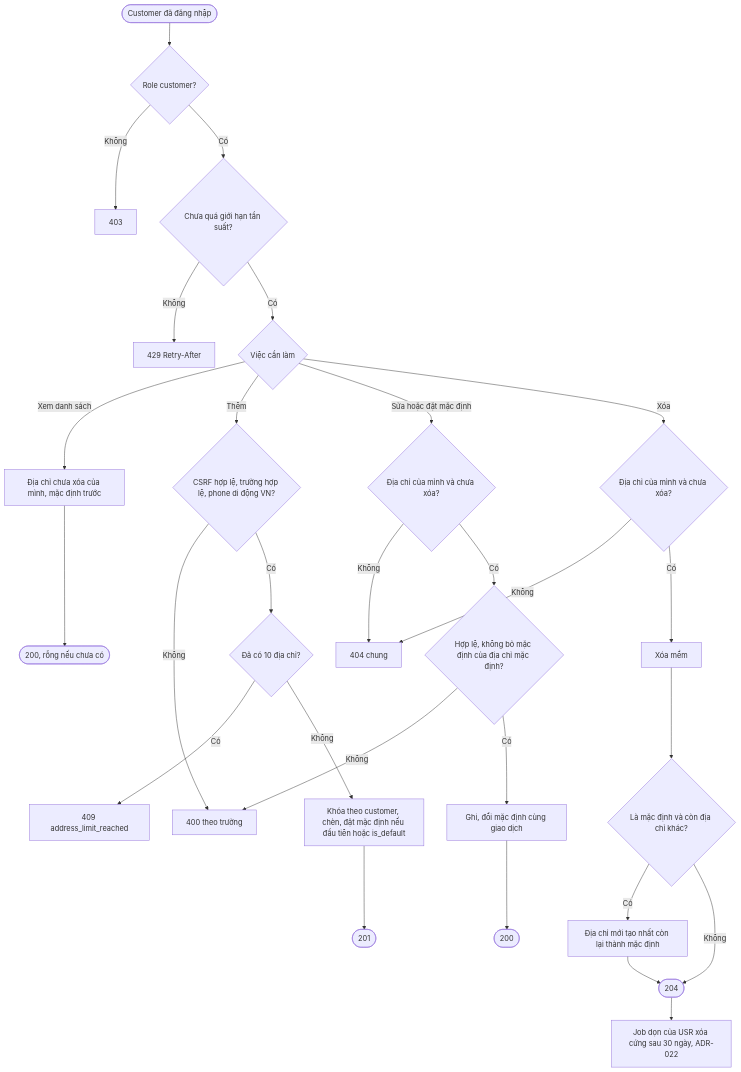
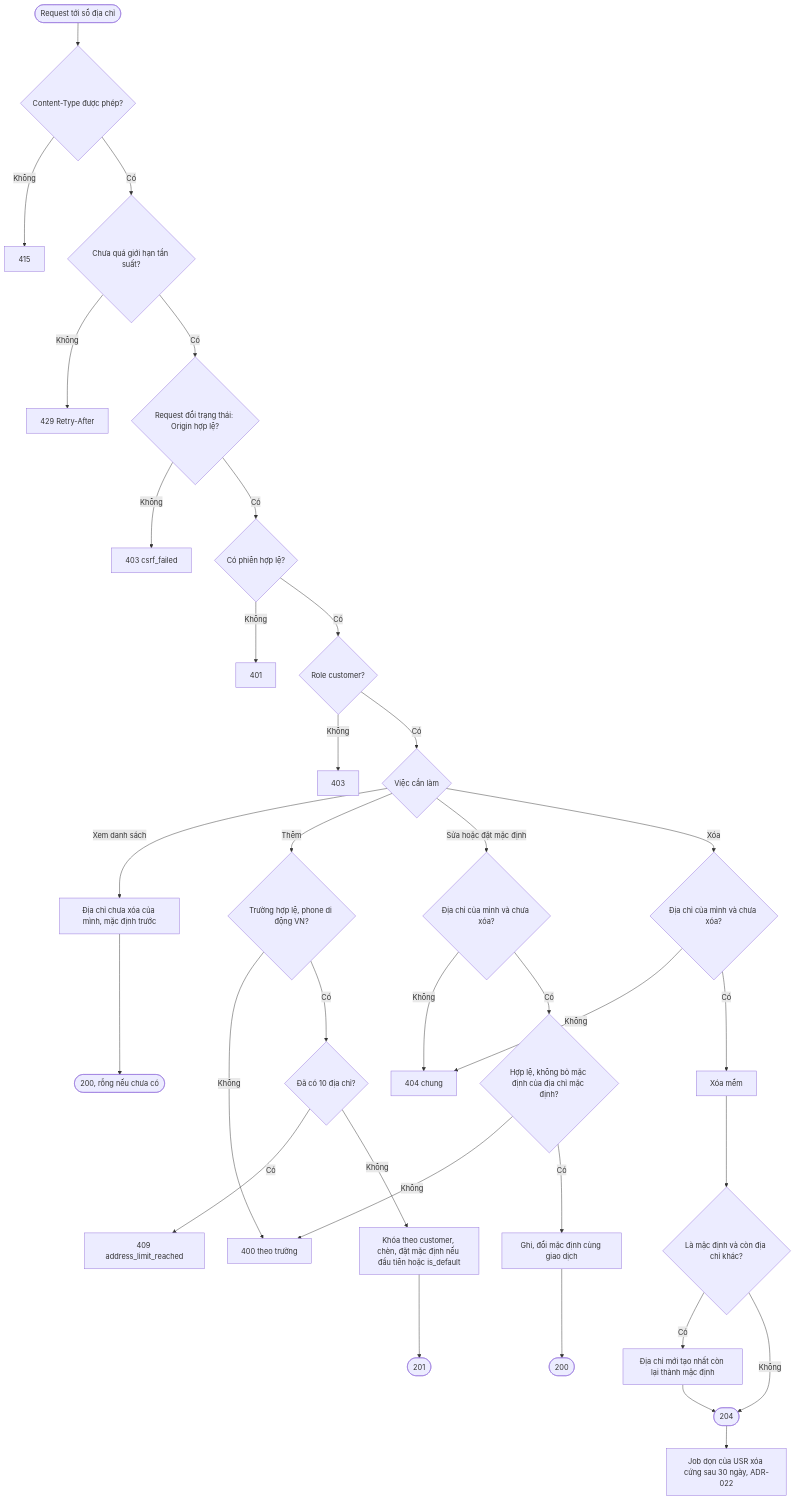
The second of 3 diagrams in spec/epics/USR/flows/USR-FLOW-20261006-101004210.md (bvminh-dev/Min-SDLC), drawn with Mermaid before and after one commit. The commit also changed other lines of this file and 224 other files, not shown here.

````diff
--- a/spec/epics/USR/flows/USR-FLOW-20261006-101004210.md
+++ b/spec/epics/USR/flows/USR-FLOW-20261006-101004210.md
@@ -56,30 +52,36 @@
 ```mermaid
 flowchart TD
-    A([Customer đã đăng nhập]) --> B{Role customer?}
+    A([Request tới sổ địa chỉ]) --> B0{Content-Type được phép?}
+    B0 -- Không --> E415[415]
+    B0 -- Có --> C0{Chưa quá giới hạn tần suất?}
+    C0 -- Không --> E429b[429 Retry-After]
+    C0 -- Có --> CS{Request đổi trạng thái: Origin hợp lệ?}
+    CS -- Không --> E403c[403 csrf_failed]
+    CS -- Có --> B1{Có phiên hợp lệ?}
+    B1 -- Không --> E401[401]
+    B1 -- Có --> B{Role customer?}
     B -- Không --> E403[403]
-    B -- Có --> C0{Chưa quá giới hạn tần suất?}
-    C0 -- Không --> E429b[429 Retry-After]
-    C0 -- Có --> C{Việc cần làm}
+    B -- Có --> C{Việc cần làm}
     C -- Xem danh sách --> L1[Địa chỉ chưa xóa của mình, mặc định trước]
     L1 --> Z1([200, rỗng nếu chưa có])
-    C -- Thêm --> N0{CSRF hợp lệ, trường hợp lệ, phone di động VN?}
+    C -- Thêm --> N0{Trường hợp lệ, phone di động VN?}
     N0 -- Không --> E400[400 theo trường]
     N0 -- Có --> N1{Đã có 10 địa chỉ?}
     N1 -- Có --> E409[409 address_limit_reached]
     N1 -- Không --> N2[Khóa theo customer, chèn, đặt mặc định nếu đầu tiên hoặc is_default]
     N2 --> Z2([201])
     C -- Sửa hoặc đặt mặc định --> M0{Địa chỉ của mình và chưa xóa?}
     M0 -- Không --> E404[404 chung]
     M0 -- Có --> M1{Hợp lệ, không bỏ mặc định của địa chỉ mặc định?}
     M1 -- Không --> E400
     M1 -- Có --> M2[Ghi, đổi mặc định cùng giao dịch]
     M2 --> Z3([200])
     C -- Xóa --> X0{Địa chỉ của mình và chưa xóa?}
     X0 -- Không --> E404
     X0 -- Có --> X1[Xóa mềm]
     X1 --> X2{Là mặc định và còn địa chỉ khác?}
     X2 -- Có --> X3[Địa chỉ mới tạo nhất còn lại thành mặc định]
     X2 -- Không --> Z4([204])
     X3 --> Z4
     Z4 --> X4[Job dọn của USR xóa cứng sau 30 ngày, ADR-022]
 ```
````
